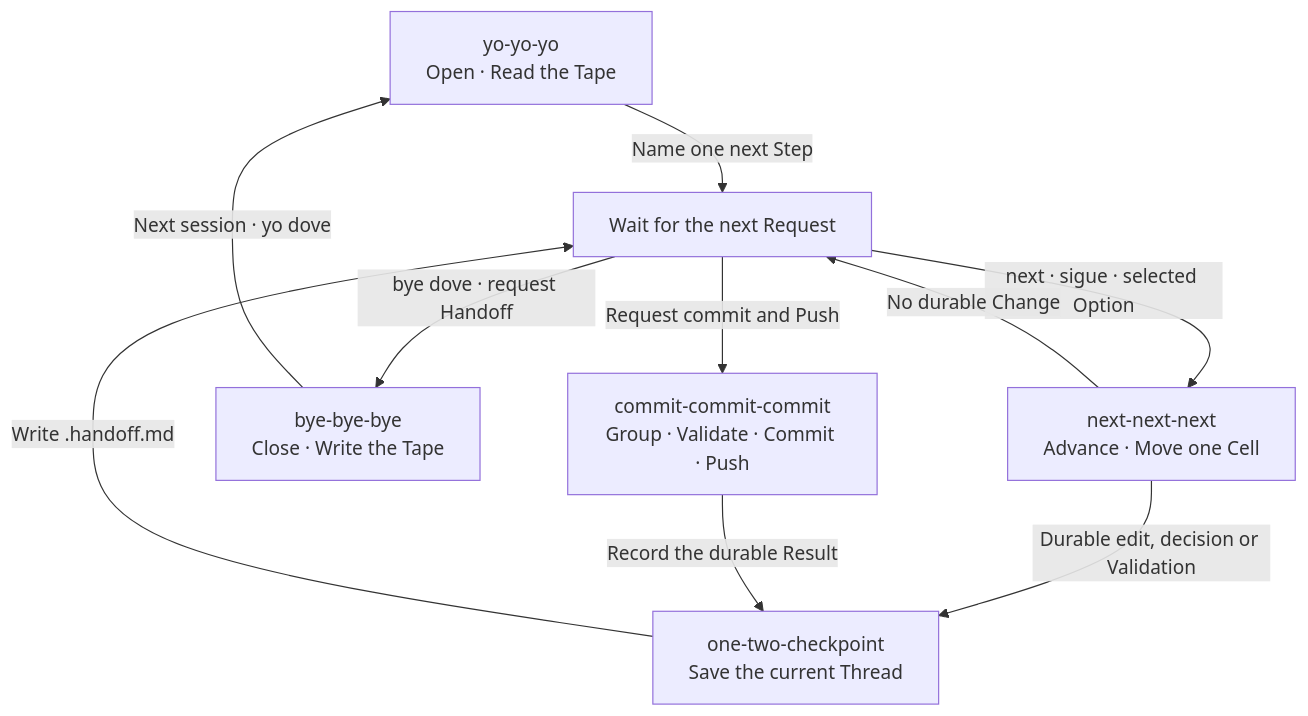
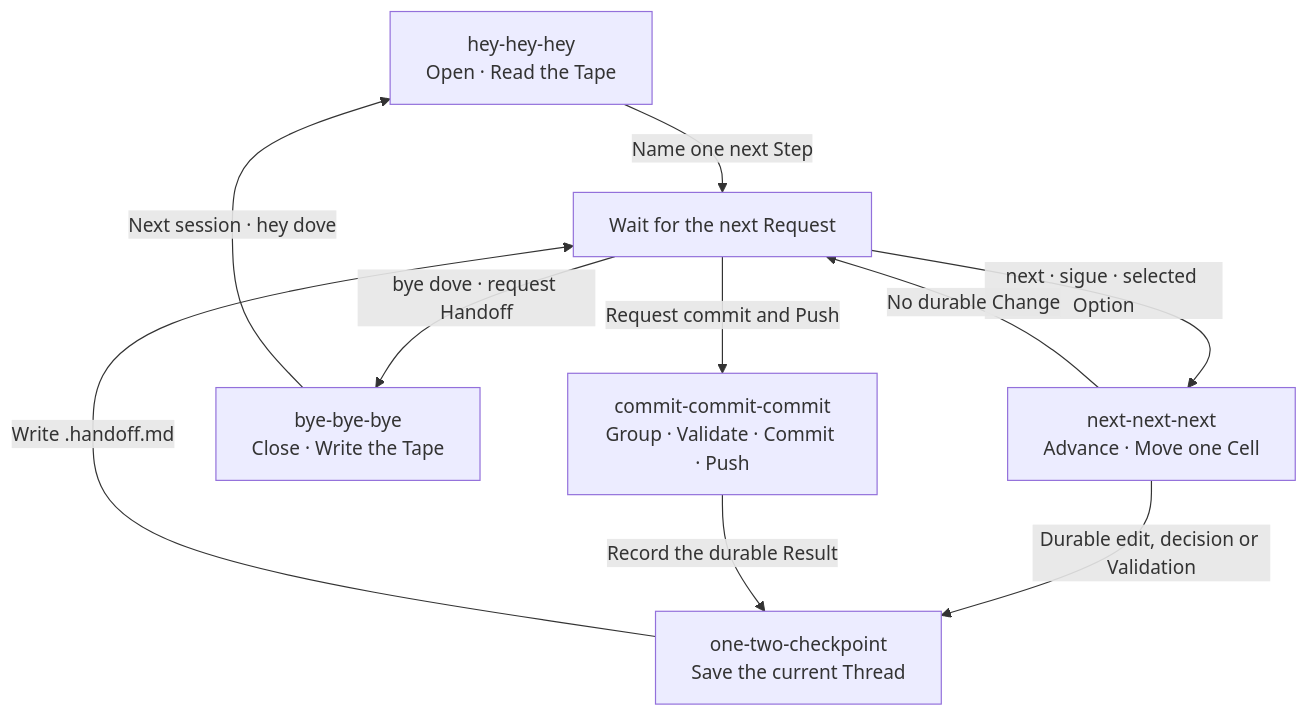
One commit to cangrejometralleta/OneTwoThree changed the diagram in patterns/the-lever-and-the-tape.md. Above: the diagram before and after it, drawn with Mermaid. The commit also changed 8 other files, not shown here.

Commit message:
Rename yo-yo-yo to hey-hey-hey and yo dove to hey dove

````diff
--- a/patterns/the-lever-and-the-tape.md
+++ b/patterns/the-lever-and-the-tape.md
@@ -7,20 +7,20 @@
 ```mermaid
 flowchart TD
-    YO["yo-yo-yo<br/>Open · Read the Tape"]
+    HEY["hey-hey-hey<br/>Open · Read the Tape"]
     NEXT["next-next-next<br/>Advance · Move one Cell"]
     BYE["bye-bye-bye<br/>Close · Write the Tape"]
 
     CHECKPOINT["one-two-checkpoint<br/>Save the current Thread"]
     WAIT["Wait for the next Request"]
     COMMIT["commit-commit-commit<br/>Group · Validate · Commit · Push"]
 
-    YO -- "Name one next Step" --> WAIT
+    HEY -- "Name one next Step" --> WAIT
     WAIT -- "next · sigue · selected Option" --> NEXT
     NEXT -- "Durable edit, decision or Validation" --> CHECKPOINT
     CHECKPOINT -- "Write .handoff.md" --> WAIT
     NEXT -- "No durable Change" --> WAIT
     WAIT -- "Request commit and Push" --> COMMIT
     COMMIT -- "Record the durable Result" --> CHECKPOINT
     WAIT -- "bye dove · request Handoff" --> BYE
-    BYE -- "Next session · yo dove" --> YO
+    BYE -- "Next session · hey dove" --> HEY
 ```
````
